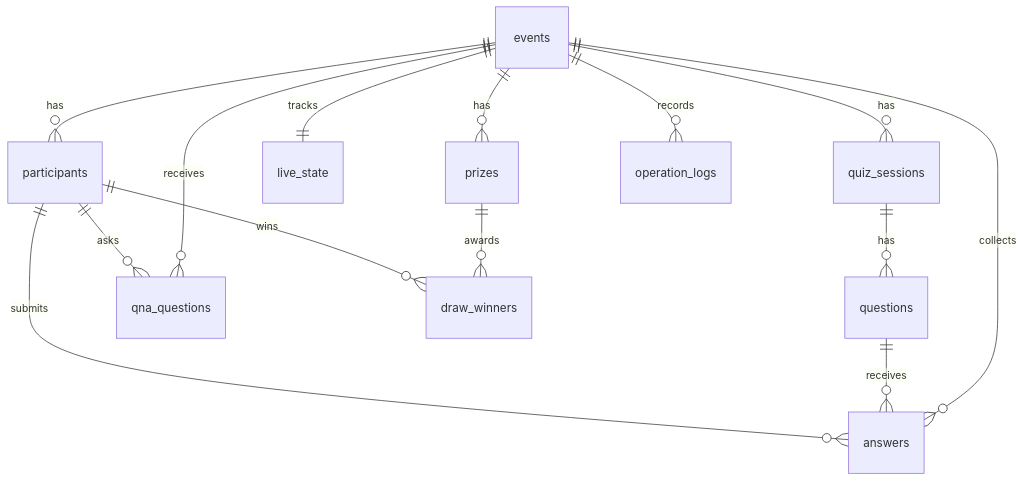
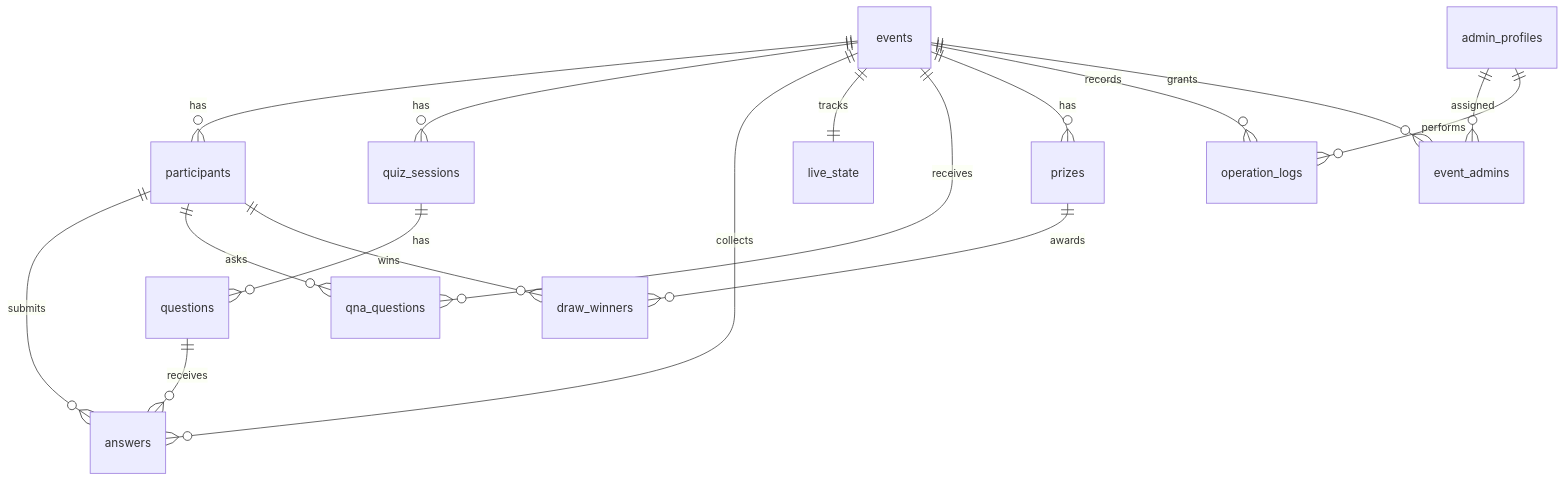
One commit to bestphoto21/dorae-quiz-live changed the diagram in docs/database-schema.md. Above: the diagram before and after it, drawn with Mermaid. The commit also changed other lines of this file and 1 other file, not shown here.

Commit message:
Add admin access database schema

````diff
--- a/docs/database-schema.md
+++ b/docs/database-schema.md
@@ -38,16 +47,19 @@
 ```mermaid
 erDiagram
   events ||--o{ participants : has
   events ||--o{ quiz_sessions : has
   quiz_sessions ||--o{ questions : has
   events ||--o{ answers : collects
   questions ||--o{ answers : receives
   participants ||--o{ answers : submits
   events ||--|| live_state : tracks
   events ||--o{ qna_questions : receives
   participants ||--o{ qna_questions : asks
   events ||--o{ prizes : has
   prizes ||--o{ draw_winners : awards
   participants ||--o{ draw_winners : wins
   events ||--o{ operation_logs : records
+  admin_profiles ||--o{ event_admins : assigned
+  events ||--o{ event_admins : grants
+  admin_profiles ||--o{ operation_logs : performs
 ```
````
